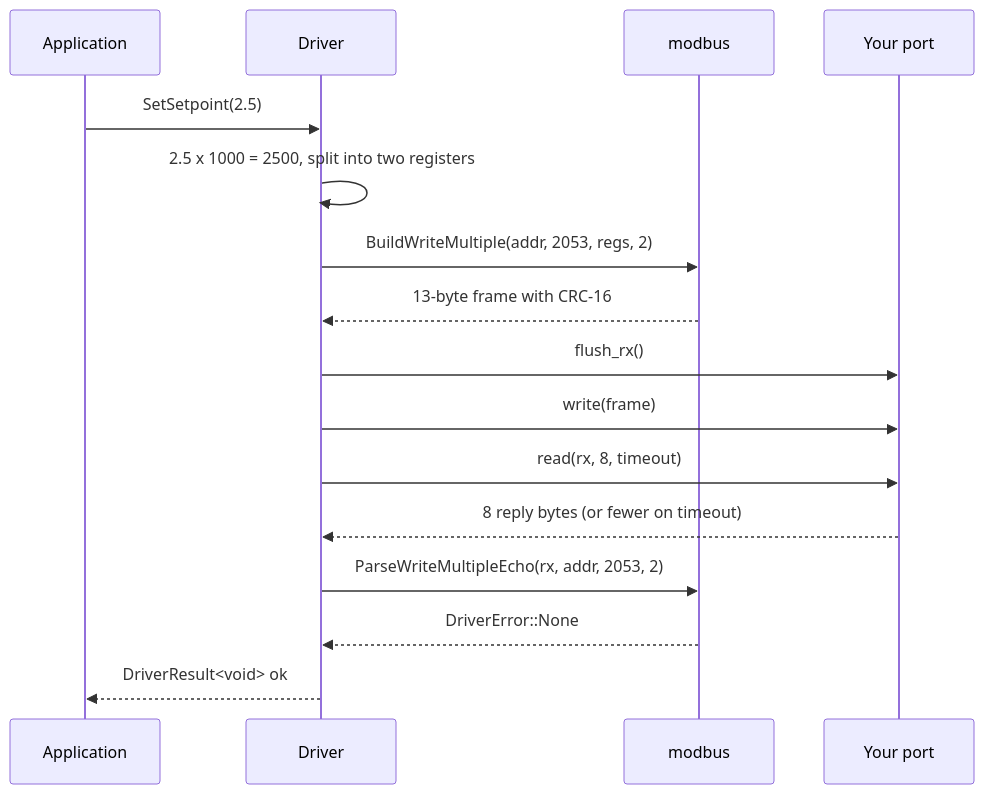
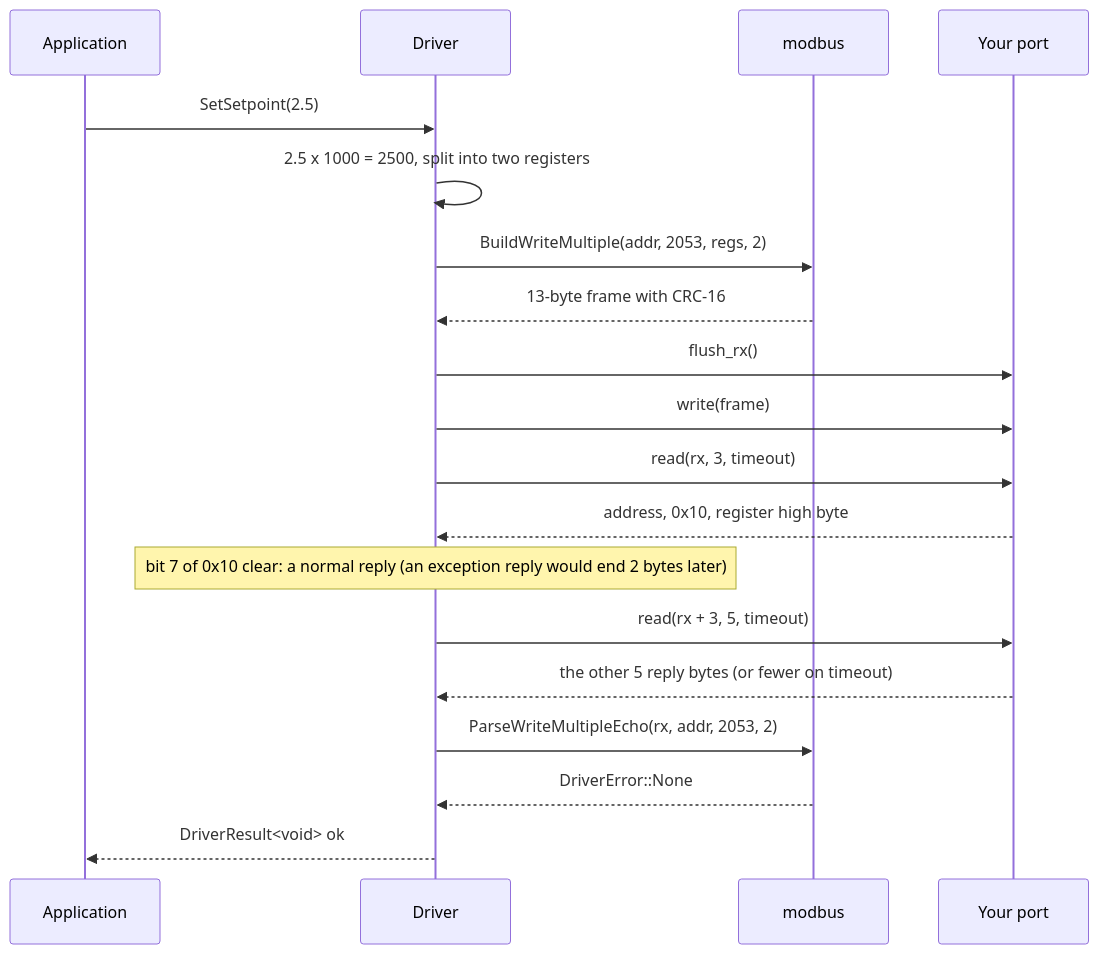
One commit to hardfoc/hf-alicat-basis2-driver changed the diagram in docs/architecture.md. Above: the diagram before and after it, drawn with Mermaid. The commit also changed other lines of this file and 35 other files, not shown here.

````diff
--- a/docs/architecture.md
+++ b/docs/architecture.md
@@ -32,18 +32,21 @@
 ```mermaid
 sequenceDiagram
     participant A as Application
     participant D as Driver
     participant M as modbus
     participant P as Your port
     A->>D: SetSetpoint(2.5)
     D->>D: 2.5 x 1000 = 2500, split into two registers
     D->>M: BuildWriteMultiple(addr, 2053, regs, 2)
     M-->>D: 13-byte frame with CRC-16
     D->>P: flush_rx()
     D->>P: write(frame)
-    D->>P: read(rx, 8, timeout)
-    P-->>D: 8 reply bytes (or fewer on timeout)
+    D->>P: read(rx, 3, timeout)
+    P-->>D: address, 0x10, register high byte
+    Note over D: bit 7 of 0x10 clear: a normal reply (an exception reply would end 2 bytes later)
+    D->>P: read(rx + 3, 5, timeout)
+    P-->>D: the other 5 reply bytes (or fewer on timeout)
     D->>M: ParseWriteMultipleEcho(rx, addr, 2053, 2)
     M-->>D: DriverError::None
     D-->>A: DriverResult<void> ok
 ```
````
